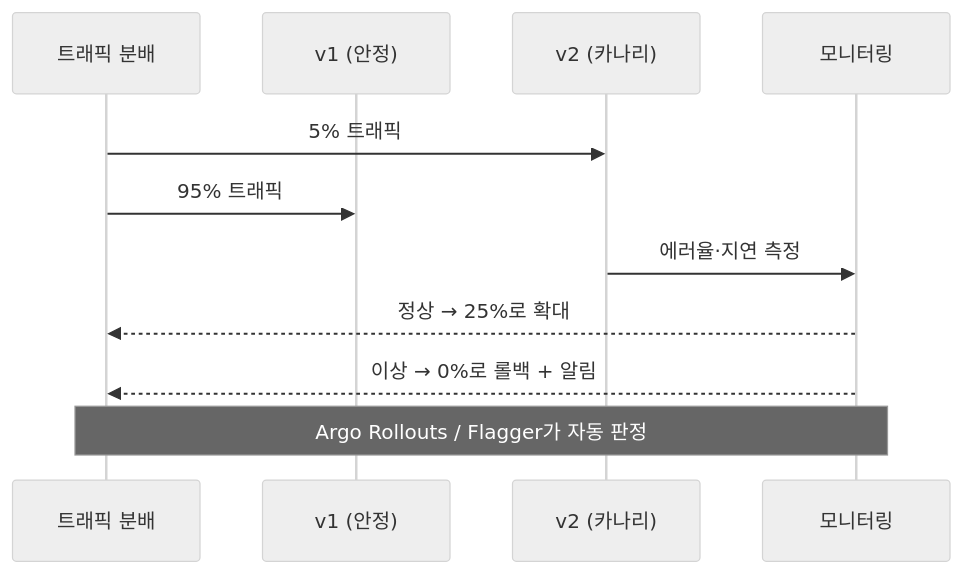
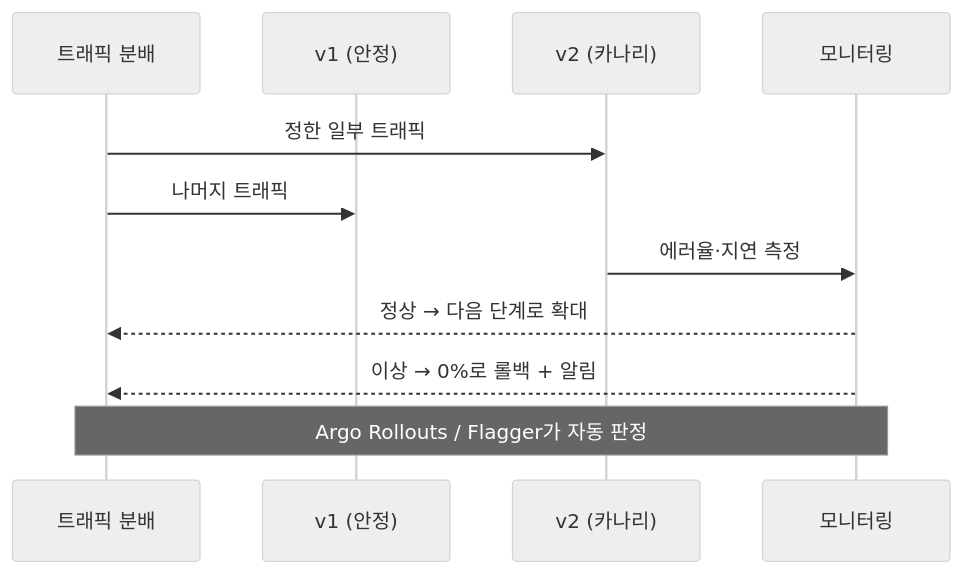
Before and after one commit to hyeongseoblim/systemdesign: the fourth of 6 diagrams in apps/api/src/main/resources/content/infra-04-cicd-deploy-strategy.md, drawn with Mermaid (neutral theme). The commit also changed other lines of this file and 96 other files, not shown here.

````diff
--- a/apps/api/src/main/resources/content/infra-04-cicd-deploy-strategy.md
+++ b/apps/api/src/main/resources/content/infra-04-cicd-deploy-strategy.md
@@ -107,14 +107,14 @@
 ```mermaid
 sequenceDiagram
     participant LB as 트래픽 분배
     participant V1 as v1 (안정)
     participant V2 as v2 (카나리)
     participant Mon as 모니터링
 
-    LB->>V2: 5% 트래픽
-    LB->>V1: 95% 트래픽
+    LB->>V2: 정한 일부 트래픽
+    LB->>V1: 나머지 트래픽
     V2->>Mon: 에러율·지연 측정
-    Mon-->>LB: 정상 → 25%로 확대
+    Mon-->>LB: 정상 → 다음 단계로 확대
     Mon-->>LB: 이상 → 0%로 롤백 + 알림
     Note over LB,Mon: Argo Rollouts / Flagger가 자동 판정
 ```
````
